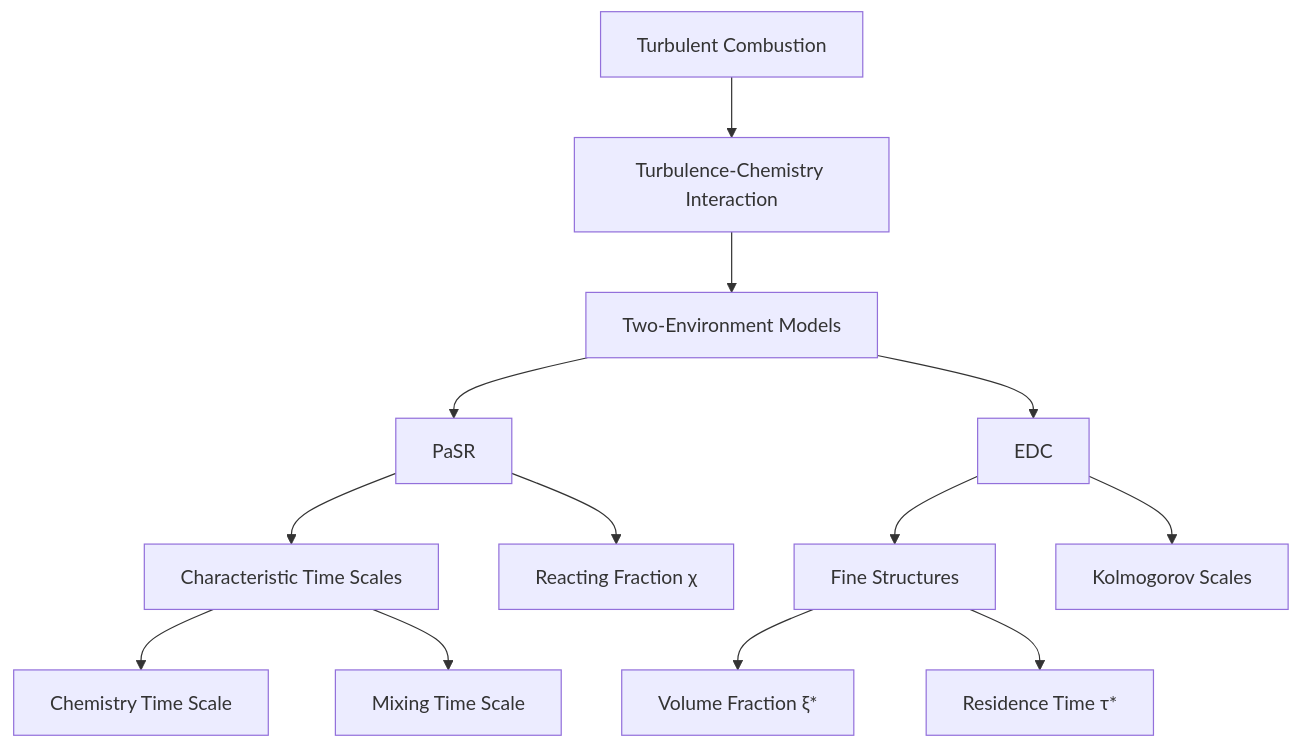
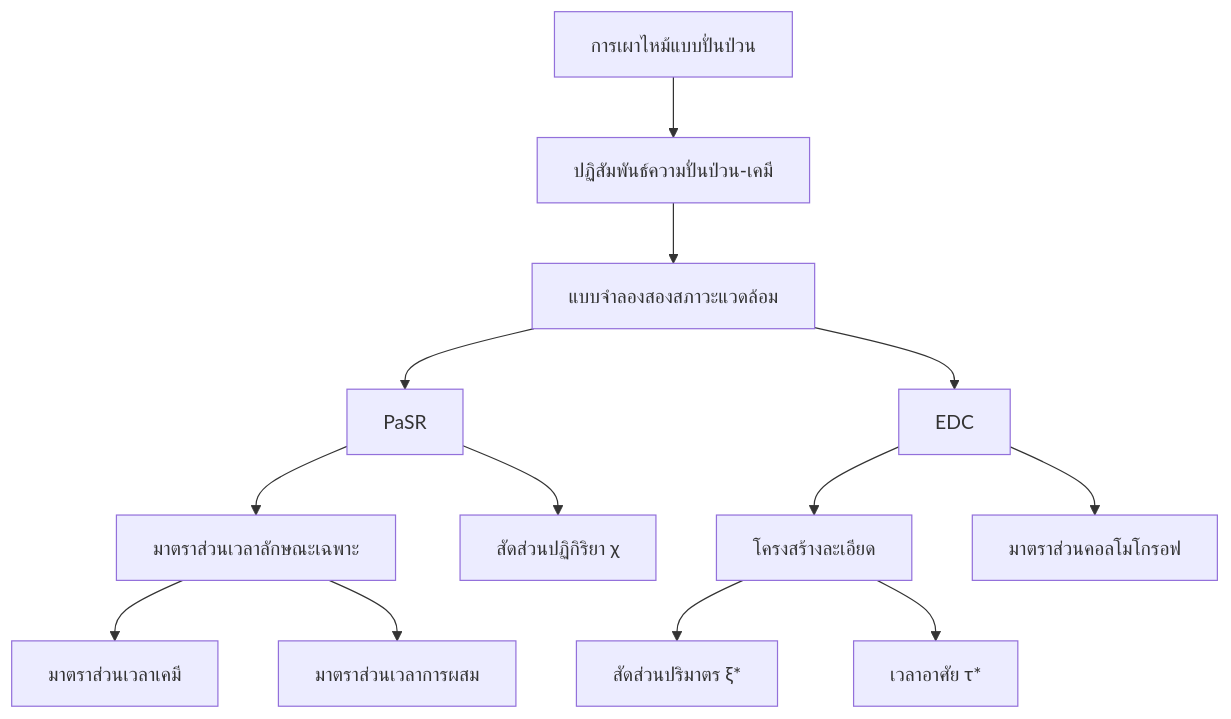
The first of 5 diagrams in MODULE_06_ADVANCED_PHYSICS/CONTENT/03_REACTING_FLOWS/03_Combustion_Models.md (wramet/build-my-cfd), drawn with Mermaid before and after one commit. The commit also changed other lines of this file and 104 other files, not shown here.

````diff
--- a/MODULE_06_ADVANCED_PHYSICS/CONTENT/03_REACTING_FLOWS/03_Combustion_Models.md
+++ b/MODULE_06_ADVANCED_PHYSICS/CONTENT/03_REACTING_FLOWS/03_Combustion_Models.md
@@ -14,19 +14,19 @@
 ```mermaid
 flowchart TD
-    A[Turbulent Combustion] --> B[Turbulence-Chemistry Interaction]
-    B --> C[Two-Environment Models]
+    A[การเผาไหม้แบบปั่นป่วน] --> B[ปฏิสัมพันธ์ความปั่นป่วน-เคมี]
+    B --> C[แบบจำลองสองสภาวะแวดล้อม]
     C --> D[PaSR]
     C --> E[EDC]
 
-    D --> F[Characteristic Time Scales]
-    D --> G[Reacting Fraction χ]
+    D --> F[มาตราส่วนเวลาลักษณะเฉพาะ]
+    D --> G[สัดส่วนปฏิกิริยา χ]
 
-    E --> H[Fine Structures]
-    E --> I[Kolmogorov Scales]
+    E --> H[โครงสร้างละเอียด]
+    E --> I[มาตราส่วนคอลโมโกรอฟ]
 
-    F --> J[Chemistry Time Scale]
-    F --> K[Mixing Time Scale]
+    F --> J[มาตราส่วนเวลาเคมี]
+    F --> K[มาตราส่วนเวลาการผสม]
 
-    H --> L[Volume Fraction ξ*]
-    H --> M[Residence Time τ*]
+    H --> L[สัดส่วนปริมาตร ξ*]
+    H --> M[เวลาอาศัย τ*]
 ```
````
